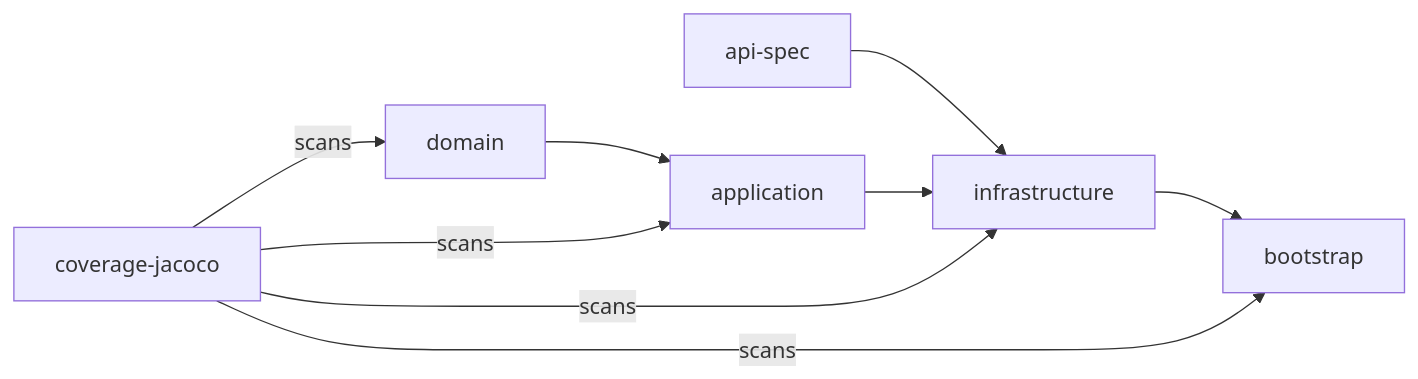
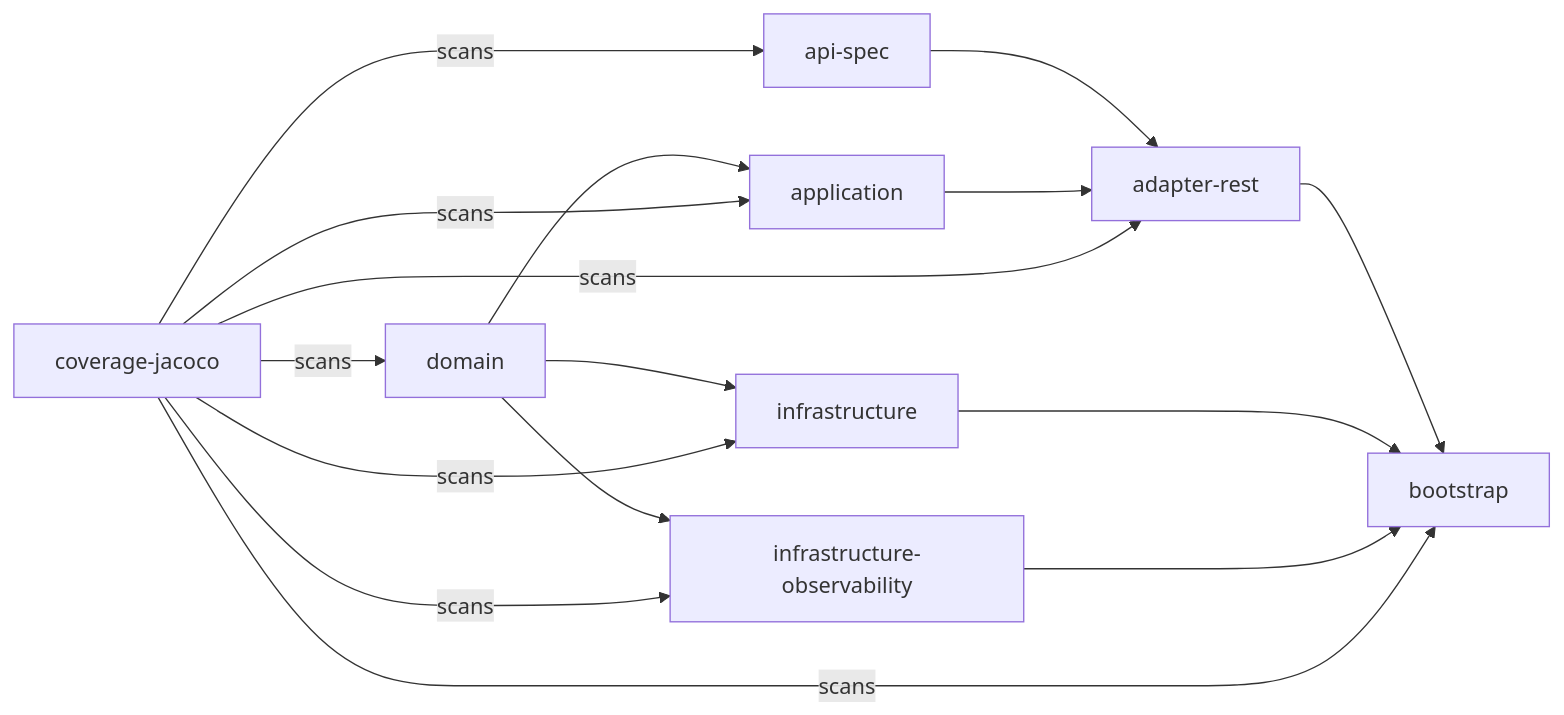
One commit to JuanPabloJimenezEsclusa/product-sorter changed the first of 3 diagrams in README.md. Above: the diagram before and after it, drawn with Mermaid. The commit also changed other lines of this file and 15 other files, not shown here.

First line of the commit message:
refactor(adapter-rest): extract ProductControllerMapper from controller

````diff
--- a/README.md
+++ b/README.md
@@ -53,7 +53,9 @@
 ```mermaid
 flowchart LR
-    api-spec --> infrastructure
-    domain --> application --> infrastructure
-    infrastructure --> bootstrap
-    coverage-jacoco -->|scans| domain & application & infrastructure & bootstrap
+    api-spec --> adapter-rest
+    domain --> application --> adapter-rest
+    domain --> infrastructure
+    domain --> infrastructure-observability
+    adapter-rest & infrastructure & infrastructure-observability --> bootstrap
+    coverage-jacoco -->|scans| api-spec & domain & application & adapter-rest & infrastructure & infrastructure-observability & bootstrap
 ```
````
